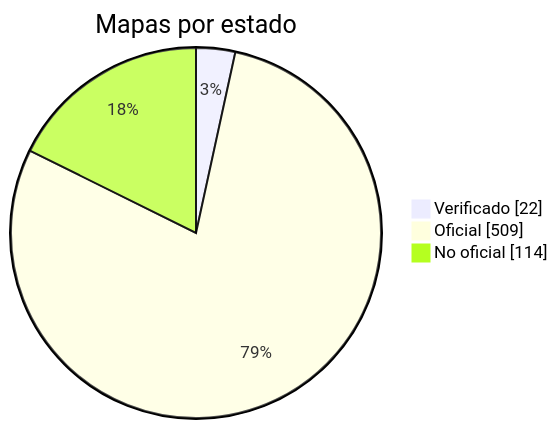
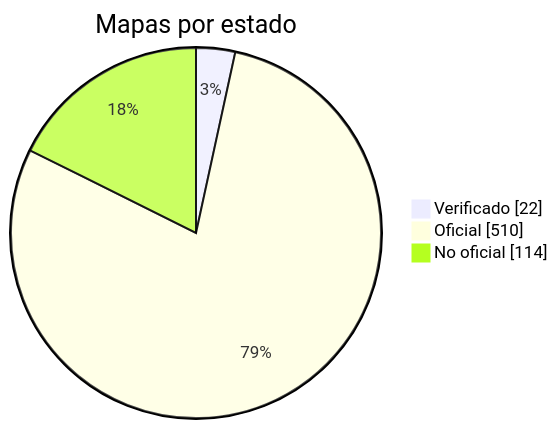
One commit to nobrega8/mbmap-library changed the diagram in docs/readme/README_ES.md. Above: the diagram before and after it, drawn with Mermaid. The commit also changed 6 other files, not shown here.

````diff
--- a/docs/readme/README_ES.md
+++ b/docs/readme/README_ES.md
@@ -54,7 +54,7 @@
 ```mermaid
 pie showData
     title Mapas por estado
     "Verificado" : 22
-    "Oficial" : 509
+    "Oficial" : 510
     "No oficial" : 114
 ```
````
